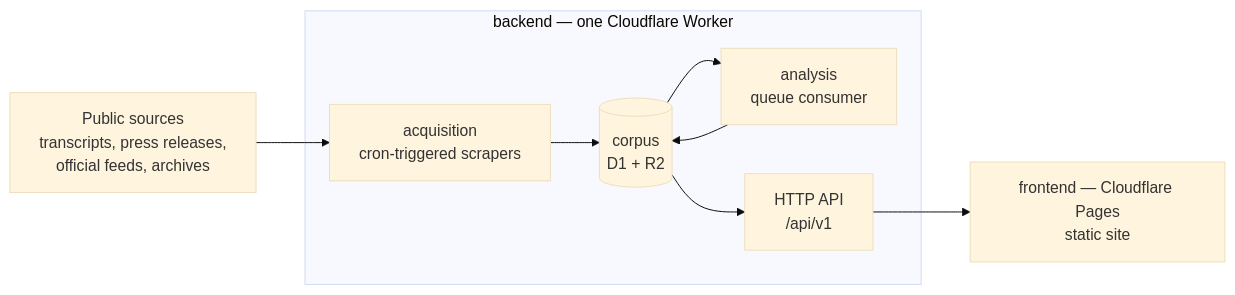
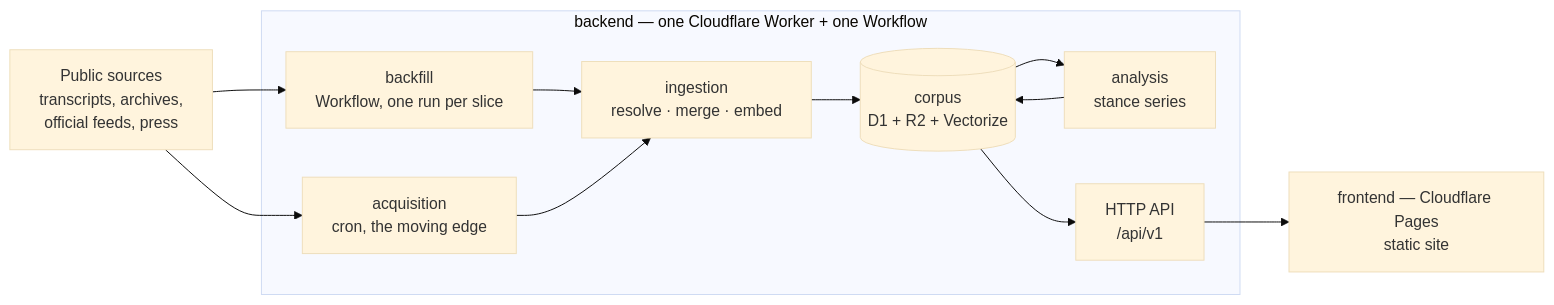
The diagram in docs/architecture/DESIGN.md (missingbulb/hitbut), drawn with Mermaid (base theme) before and after one commit. The commit also changed other lines of this file, not shown here.

````diff
--- a/docs/architecture/DESIGN.md
+++ b/docs/architecture/DESIGN.md
@@ -12,14 +17,18 @@
 ```mermaid
 flowchart LR
-    S[Public sources<br/>transcripts, press releases,<br/>official feeds, archives]
-    subgraph W [backend — one Cloudflare Worker]
-        A[acquisition<br/>cron-triggered scrapers]
-        C[(corpus<br/>D1 + R2)]
-        N[analysis<br/>queue consumer]
+    S[Public sources<br/>transcripts, archives,<br/>official feeds, press]
+    subgraph W [backend — one Cloudflare Worker + one Workflow]
+        B[backfill<br/>Workflow, one run per slice]
+        A[acquisition<br/>cron, the moving edge]
+        I[ingestion<br/>resolve · merge · embed]
+        C[(corpus<br/>D1 + R2 + Vectorize)]
+        N[analysis<br/>stance series]
         P[HTTP API<br/>/api/v1]
     end
     F[frontend — Cloudflare Pages<br/>static site]
-    S --> A --> C
+    S --> B --> I
+    S --> A --> I
+    I --> C
     C --> N --> C
     C --> P --> F
 ```
````
